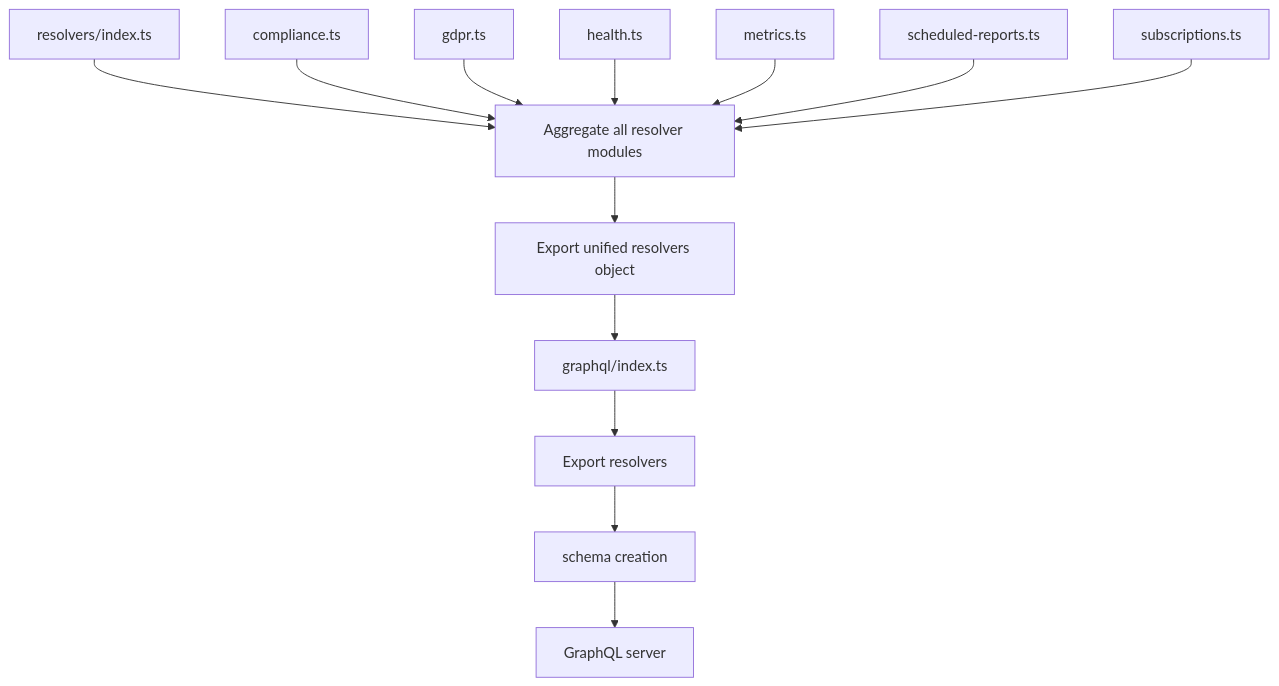
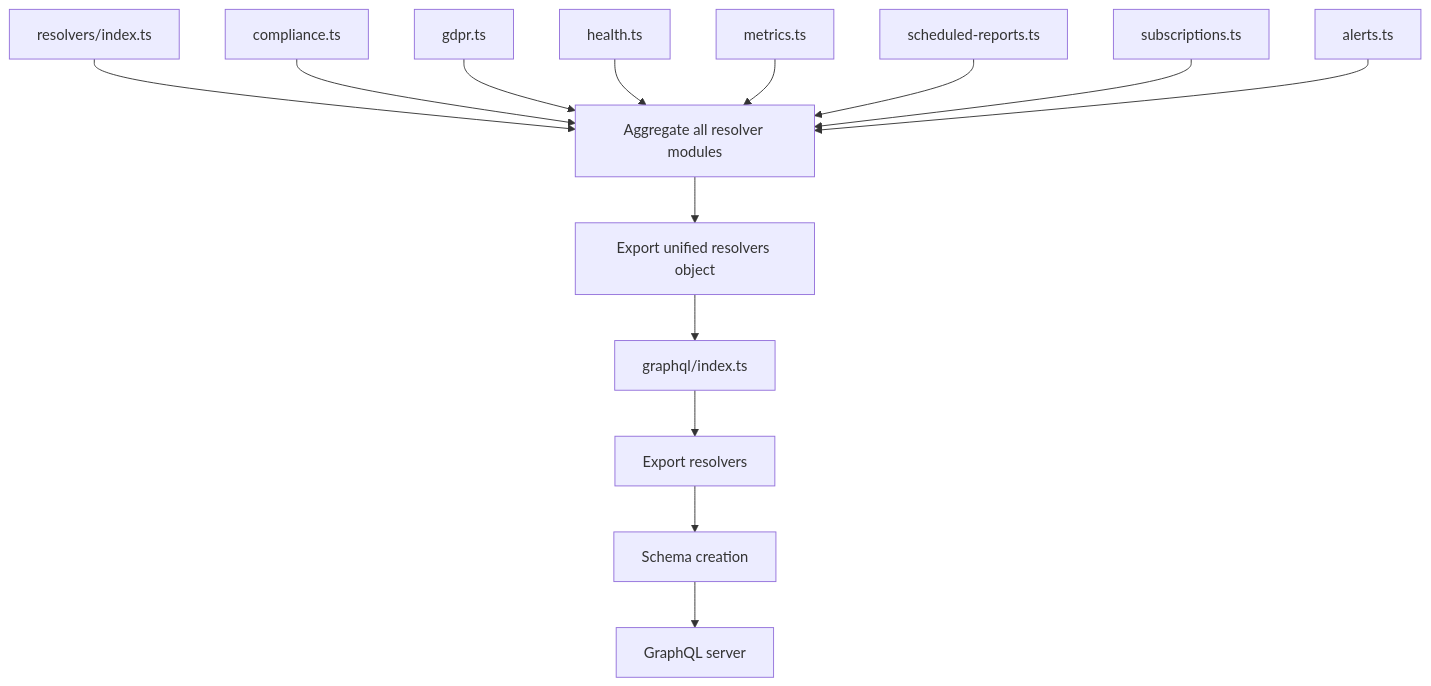
One commit to smedrec/smart-logs changed the first of 10 diagrams in .qoder/repowiki/en/content/Server API/GraphQL API/Resolvers/Resolvers.md. Above: the diagram before and after it, drawn with Mermaid. The commit also changed other lines of this file and 12 other files, not shown here.

````diff
--- a/.qoder/repowiki/en/content/Server API/GraphQL API/Resolvers/Resolvers.md
+++ b/.qoder/repowiki/en/content/Server API/GraphQL API/Resolvers/Resolvers.md
@@ -37,15 +48,16 @@
 ```mermaid
 graph TB
 A["resolvers/index.ts"] --> B["Aggregate all resolver modules"]
 B --> C["Export unified resolvers object"]
 C --> D["graphql/index.ts"]
 D --> E["Export resolvers"]
-E --> F["schema creation"]
+E --> F["Schema creation"]
 F --> G["GraphQL server"]
 H["compliance.ts"] --> B
 I["gdpr.ts"] --> B
 J["health.ts"] --> B
 K["metrics.ts"] --> B
 L["scheduled-reports.ts"] --> B
 M["subscriptions.ts"] --> B
+N["alerts.ts"] --> B
 ```
````
